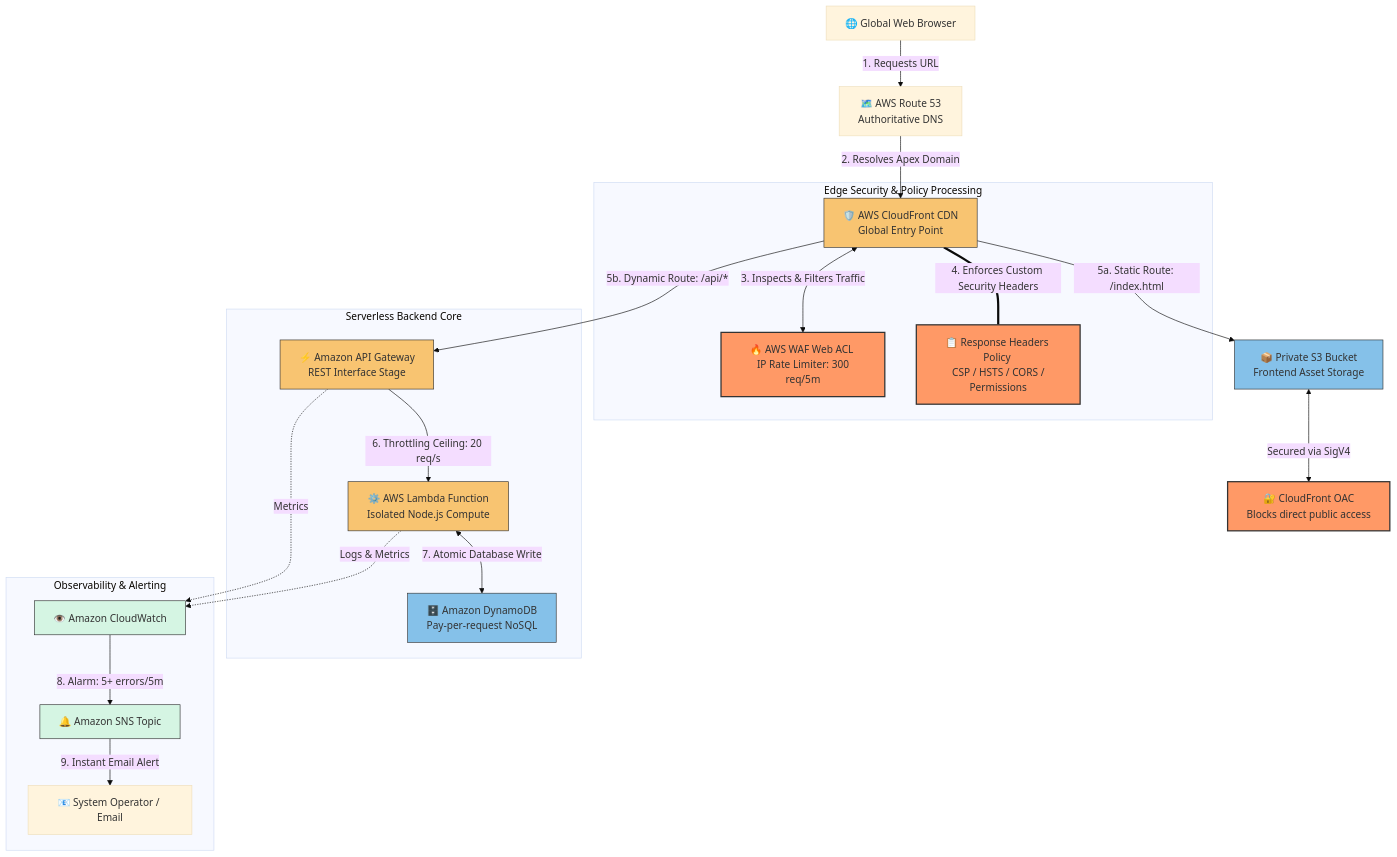
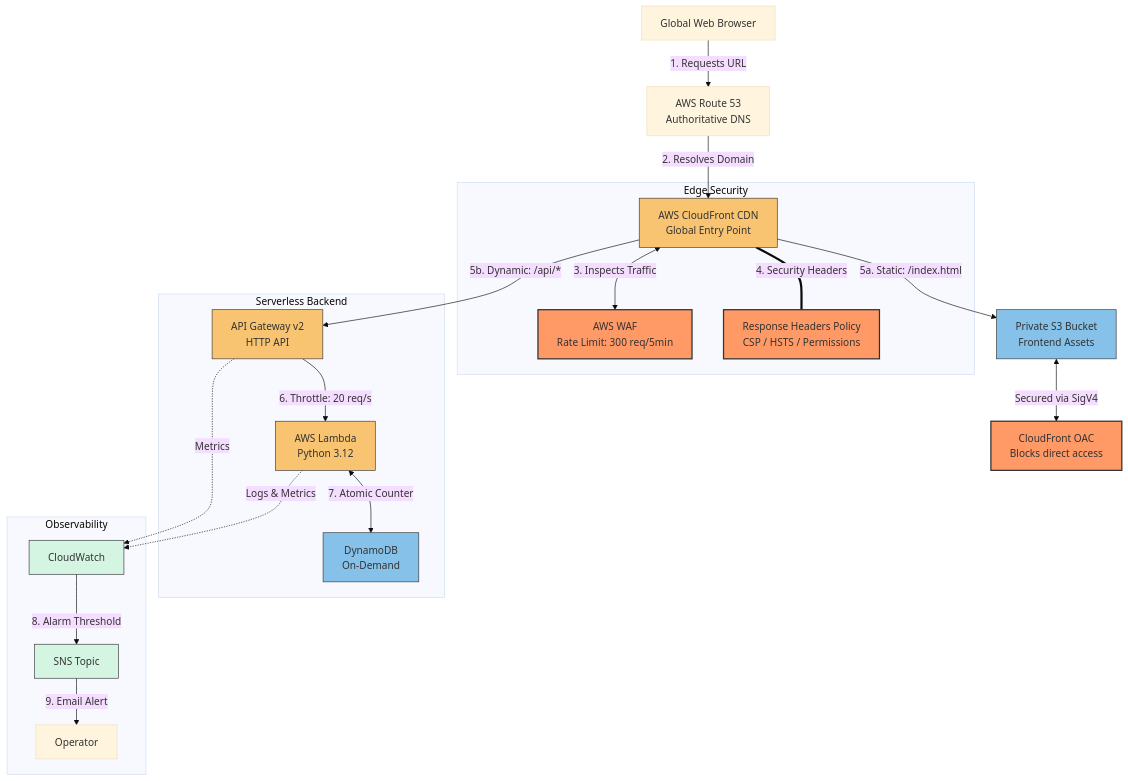
The diagram in README.md (gitcliff/aws-serverless-web-platform), drawn with Mermaid (base theme) before and after one commit. The commit also changed other lines of this file and 21 other files, not shown here.

````diff
--- a/README.md
+++ b/README.md
@@ -46,43 +22,37 @@
 ```mermaid
 graph TD
-    %% User entry and DNS
-    User[🌐 Global Web Browser] -->|1. Requests URL| Route53[🗺️ AWS Route 53 <br> Authoritative DNS]
-    Route53 -->|2. Resolves Apex Domain| CF[🛡️ AWS CloudFront CDN <br> Global Entry Point]
+    User[Global Web Browser] -->|1. Requests URL| Route53[AWS Route 53 <br> Authoritative DNS]
+    Route53 -->|2. Resolves Domain| CF[AWS CloudFront CDN <br> Global Entry Point]
 
-    %% Perimeter Security Edge
-    subgraph Edge Security & Policy Processing
-        CF <-->|3. Inspects & Filters Traffic| WAF[🔥 AWS WAF Web ACL <br> IP Rate Limiter: 300 req/5m]
-        CF ===|4. Enforces Custom Security Headers| Headers[📋 Response Headers Policy <br> CSP / HSTS / CORS / Permissions]
+    subgraph Edge Security
+        CF <-->|3. Inspects Traffic| WAF[AWS WAF <br> Rate Limit: 300 req/5min]
+        CF ===|4. Security Headers| Headers[Response Headers Policy <br> CSP / HSTS / Permissions]
     end
 
-    %% Path-Based Routing Breakdown
-    CF -->|5a. Static Route: /index.html| S3[📦 Private S3 Bucket <br> Frontend Asset Storage]
-    S3 <-->|Secured via SigV4| OAC[🔐 CloudFront OAC <br> Blocks direct public access]
+    CF -->|5a. Static: /index.html| S3[Private S3 Bucket <br> Frontend Assets]
+    S3 <-->|Secured via SigV4| OAC[CloudFront OAC <br> Blocks direct access]
 
-    CF -->|5b. Dynamic Route: /api/*| APIGW[⚡ Amazon API Gateway <br> REST Interface Stage]
+    CF -->|5b. Dynamic: /api/*| APIGW[API Gateway v2 <br> HTTP API]
 
-    %% Backend Guardrails & Processing Engine
-    subgraph Serverless Backend Core
-        APIGW -->|6. Throttling Ceiling: 20 req/s| Lambda[⚙️ AWS Lambda Function <br> Isolated Node.js Compute]
-        Lambda <-->|7. Atomic Database Write| Dynamo[🗄️ Amazon DynamoDB <br> Pay-per-request NoSQL]
+    subgraph Serverless Backend
+        APIGW -->|6. Throttle: 20 req/s| Lambda[AWS Lambda <br> Python 3.12]
+        Lambda <-->|7. Atomic Counter| Dynamo[DynamoDB <br> On-Demand]
     end
 
-    %% Observability Layer
-    subgraph Observability & Alerting
-        Lambda -.->|Logs & Metrics| CW[👁️ Amazon CloudWatch]
+    subgraph Observability
+        Lambda -.->|Logs & Metrics| CW[CloudWatch]
         APIGW -.->|Metrics| CW
-        CW -->|8. Alarm: 5+ errors/5m| SNS[🔔 Amazon SNS Topic]
-        SNS -->|9. Instant Email Alert| Developer[📧 System Operator / Email]
+        CW -->|8. Alarm Threshold| SNS[SNS Topic]
+        SNS -->|9. Email Alert| Developer[Operator]
     end
 
-    %% Styling configurations for visual appeal
     classDef security fill:#f96,stroke:#333,stroke-width:2px;
     classDef storage fill:#85C1E9,stroke:#333,stroke-width:1px;
     classDef compute fill:#F8C471,stroke:#333,stroke-width:1px;
     classDef monitor fill:#D5F5E3,stroke:#333,stroke-width:1px;
-    
+
     class WAF,Headers,OAC security;
     class S3,Dynamo storage;
     class CF,APIGW,Lambda compute;
     class CW,SNS monitor;
 ```
````
